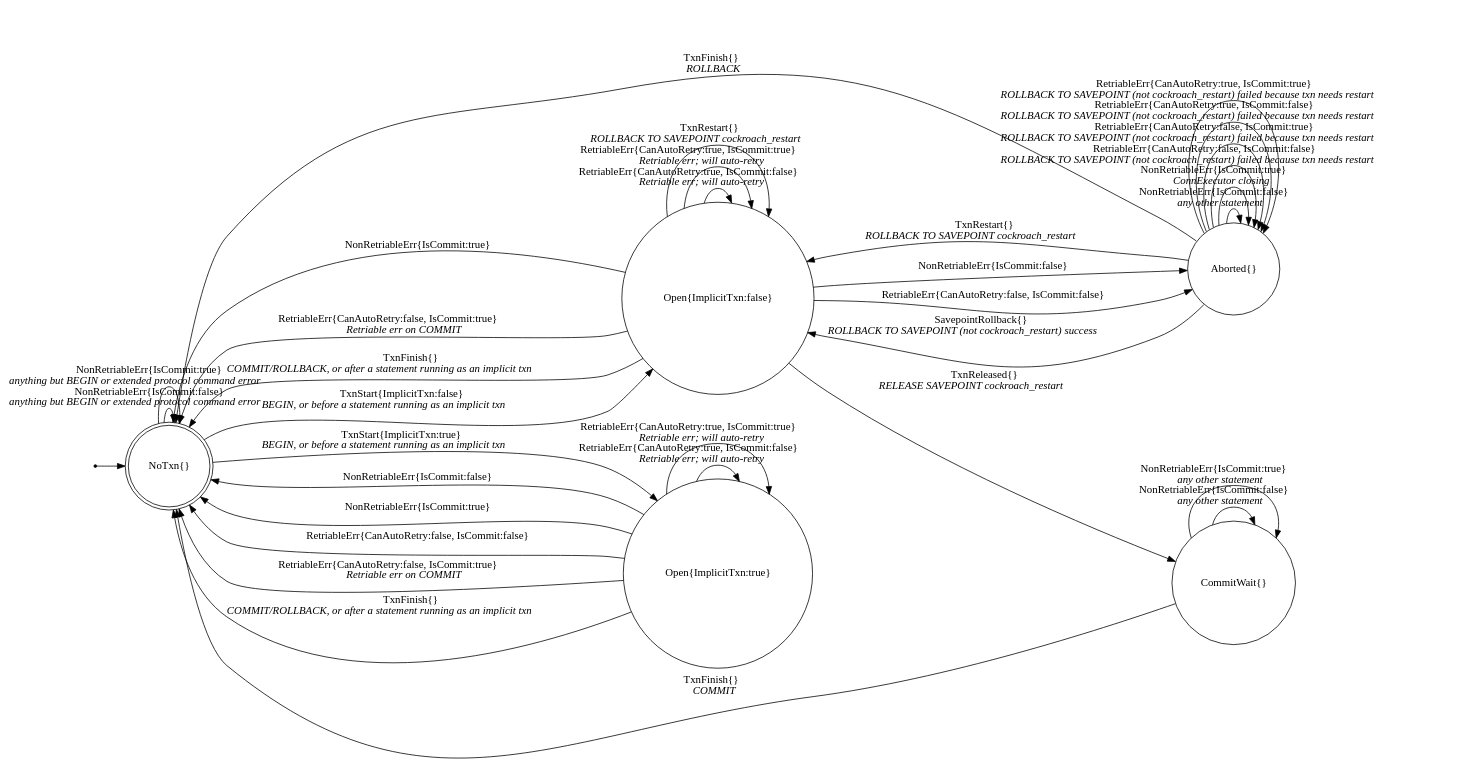
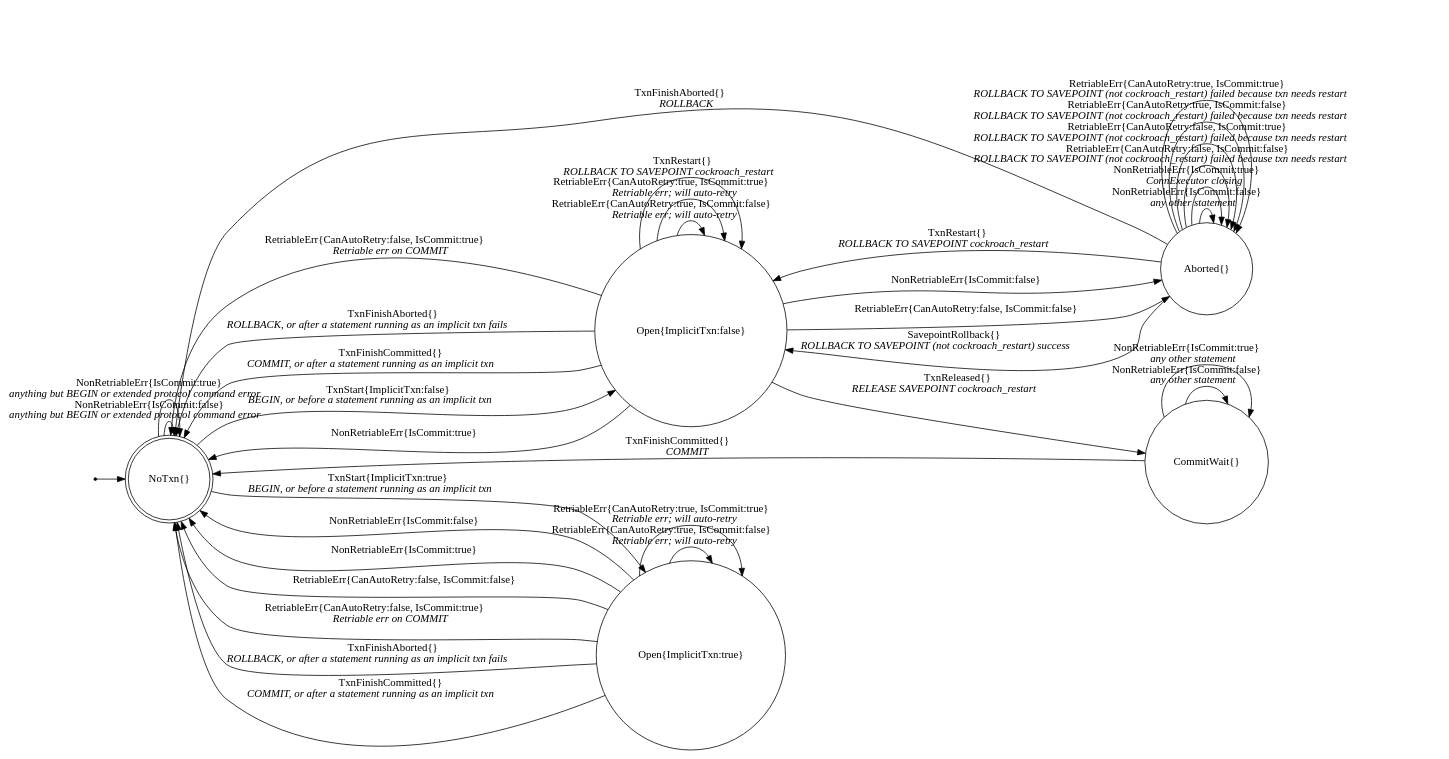
Before and after one commit to cockroachdb/cockroach: the diagram in pkg/sql/txnstatetransitions_diagram.gv, drawn with Graphviz. The commit also changed 5 other files, not shown here.

First line of the commit message:
sql: split eventTxnFinish to avoid payload allocation

```diff
--- a/pkg/sql/txnstatetransitions_diagram.gv
+++ b/pkg/sql/txnstatetransitions_diagram.gv
@@ -1,48 +1,50 @@
 // Code generated by "../util/fsm/gen/reports.sh TxnStateTransitions stateNoTxn"; DO NOT EDIT.
 // To generate a .png file, run:
 // brew install cairo pango
 // brew install graphviz --with-pango
 // dot -Tpng txnstatetransitions_diagram.gv -o txnstatetransitions_diagram.png".
 
 // The Pango/Cairo renderer is needed for rendering our HTML labels.
 digraph finite_state_machine {
 	rankdir=LR;
 
 	node [shape = doublecircle]; "NoTxn{}";
 	node [shape = point ]; qi
 	qi -> "NoTxn{}";
 
 	node [shape = circle];
 	"Aborted{}" -> "Aborted{}" [label = <NonRetriableErr{IsCommit:false}<BR/><I>any other statement</I>>]
 	"Aborted{}" -> "Aborted{}" [label = <NonRetriableErr{IsCommit:true}<BR/><I>ConnExecutor closing</I>>]
 	"Aborted{}" -> "Aborted{}" [label = <RetriableErr{CanAutoRetry:false, IsCommit:false}<BR/><I>ROLLBACK TO SAVEPOINT (not cockroach_restart) failed because txn needs restart</I>>]
 	"Aborted{}" -> "Aborted{}" [label = <RetriableErr{CanAutoRetry:false, IsCommit:true}<BR/><I>ROLLBACK TO SAVEPOINT (not cockroach_restart) failed because txn needs restart</I>>]
 	"Aborted{}" -> "Aborted{}" [label = <RetriableErr{CanAutoRetry:true, IsCommit:false}<BR/><I>ROLLBACK TO SAVEPOINT (not cockroach_restart) failed because txn needs restart</I>>]
 	"Aborted{}" -> "Aborted{}" [label = <RetriableErr{CanAutoRetry:true, IsCommit:true}<BR/><I>ROLLBACK TO SAVEPOINT (not cockroach_restart) failed because txn needs restart</I>>]
 	"Aborted{}" -> "Open{ImplicitTxn:false}" [label = <SavepointRollback{}<BR/><I>ROLLBACK TO SAVEPOINT (not cockroach_restart) success</I>>]
-	"Aborted{}" -> "NoTxn{}" [label = <TxnFinish{}<BR/><I>ROLLBACK</I>>]
+	"Aborted{}" -> "NoTxn{}" [label = <TxnFinishAborted{}<BR/><I>ROLLBACK</I>>]
 	"Aborted{}" -> "Open{ImplicitTxn:false}" [label = <TxnRestart{}<BR/><I>ROLLBACK TO SAVEPOINT cockroach_restart</I>>]
 	"CommitWait{}" -> "CommitWait{}" [label = <NonRetriableErr{IsCommit:false}<BR/><I>any other statement</I>>]
 	"CommitWait{}" -> "CommitWait{}" [label = <NonRetriableErr{IsCommit:true}<BR/><I>any other statement</I>>]
-	"CommitWait{}" -> "NoTxn{}" [label = <TxnFinish{}<BR/><I>COMMIT</I>>]
+	"CommitWait{}" -> "NoTxn{}" [label = <TxnFinishCommitted{}<BR/><I>COMMIT</I>>]
 	"NoTxn{}" -> "NoTxn{}" [label = <NonRetriableErr{IsCommit:false}<BR/><I>anything but BEGIN or extended protocol command error</I>>]
 	"NoTxn{}" -> "NoTxn{}" [label = <NonRetriableErr{IsCommit:true}<BR/><I>anything but BEGIN or extended protocol command error</I>>]
 	"NoTxn{}" -> "Open{ImplicitTxn:false}" [label = <TxnStart{ImplicitTxn:false}<BR/><I>BEGIN, or before a statement running as an implicit txn</I>>]
 	"NoTxn{}" -> "Open{ImplicitTxn:true}" [label = <TxnStart{ImplicitTxn:true}<BR/><I>BEGIN, or before a statement running as an implicit txn</I>>]
 	"Open{ImplicitTxn:false}" -> "Aborted{}" [label = "NonRetriableErr{IsCommit:false}"]
 	"Open{ImplicitTxn:false}" -> "NoTxn{}" [label = "NonRetriableErr{IsCommit:true}"]
 	"Open{ImplicitTxn:false}" -> "Aborted{}" [label = "RetriableErr{CanAutoRetry:false, IsCommit:false}"]
 	"Open{ImplicitTxn:false}" -> "NoTxn{}" [label = <RetriableErr{CanAutoRetry:false, IsCommit:true}<BR/><I>Retriable err on COMMIT</I>>]
 	"Open{ImplicitTxn:false}" -> "Open{ImplicitTxn:false}" [label = <RetriableErr{CanAutoRetry:true, IsCommit:false}<BR/><I>Retriable err; will auto-retry</I>>]
 	"Open{ImplicitTxn:false}" -> "Open{ImplicitTxn:false}" [label = <RetriableErr{CanAutoRetry:true, IsCommit:true}<BR/><I>Retriable err; will auto-retry</I>>]
-	"Open{ImplicitTxn:false}" -> "NoTxn{}" [label = <TxnFinish{}<BR/><I>COMMIT/ROLLBACK, or after a statement running as an implicit txn</I>>]
+	"Open{ImplicitTxn:false}" -> "NoTxn{}" [label = <TxnFinishAborted{}<BR/><I>ROLLBACK, or after a statement running as an implicit txn fails</I>>]
+	"Open{ImplicitTxn:false}" -> "NoTxn{}" [label = <TxnFinishCommitted{}<BR/><I>COMMIT, or after a statement running as an implicit txn</I>>]
 	"Open{ImplicitTxn:false}" -> "CommitWait{}" [label = <TxnReleased{}<BR/><I>RELEASE SAVEPOINT cockroach_restart</I>>]
 	"Open{ImplicitTxn:false}" -> "Open{ImplicitTxn:false}" [label = <TxnRestart{}<BR/><I>ROLLBACK TO SAVEPOINT cockroach_restart</I>>]
 	"Open{ImplicitTxn:true}" -> "NoTxn{}" [label = "NonRetriableErr{IsCommit:false}"]
 	"Open{ImplicitTxn:true}" -> "NoTxn{}" [label = "NonRetriableErr{IsCommit:true}"]
 	"Open{ImplicitTxn:true}" -> "NoTxn{}" [label = "RetriableErr{CanAutoRetry:false, IsCommit:false}"]
 	"Open{ImplicitTxn:true}" -> "NoTxn{}" [label = <RetriableErr{CanAutoRetry:false, IsCommit:true}<BR/><I>Retriable err on COMMIT</I>>]
 	"Open{ImplicitTxn:true}" -> "Open{ImplicitTxn:true}" [label = <RetriableErr{CanAutoRetry:true, IsCommit:false}<BR/><I>Retriable err; will auto-retry</I>>]
 	"Open{ImplicitTxn:true}" -> "Open{ImplicitTxn:true}" [label = <RetriableErr{CanAutoRetry:true, IsCommit:true}<BR/><I>Retriable err; will auto-retry</I>>]
-	"Open{ImplicitTxn:true}" -> "NoTxn{}" [label = <TxnFinish{}<BR/><I>COMMIT/ROLLBACK, or after a statement running as an implicit txn</I>>]
+	"Open{ImplicitTxn:true}" -> "NoTxn{}" [label = <TxnFinishAborted{}<BR/><I>ROLLBACK, or after a statement running as an implicit txn fails</I>>]
+	"Open{ImplicitTxn:true}" -> "NoTxn{}" [label = <TxnFinishCommitted{}<BR/><I>COMMIT, or after a statement running as an implicit txn</I>>]
 }
```
